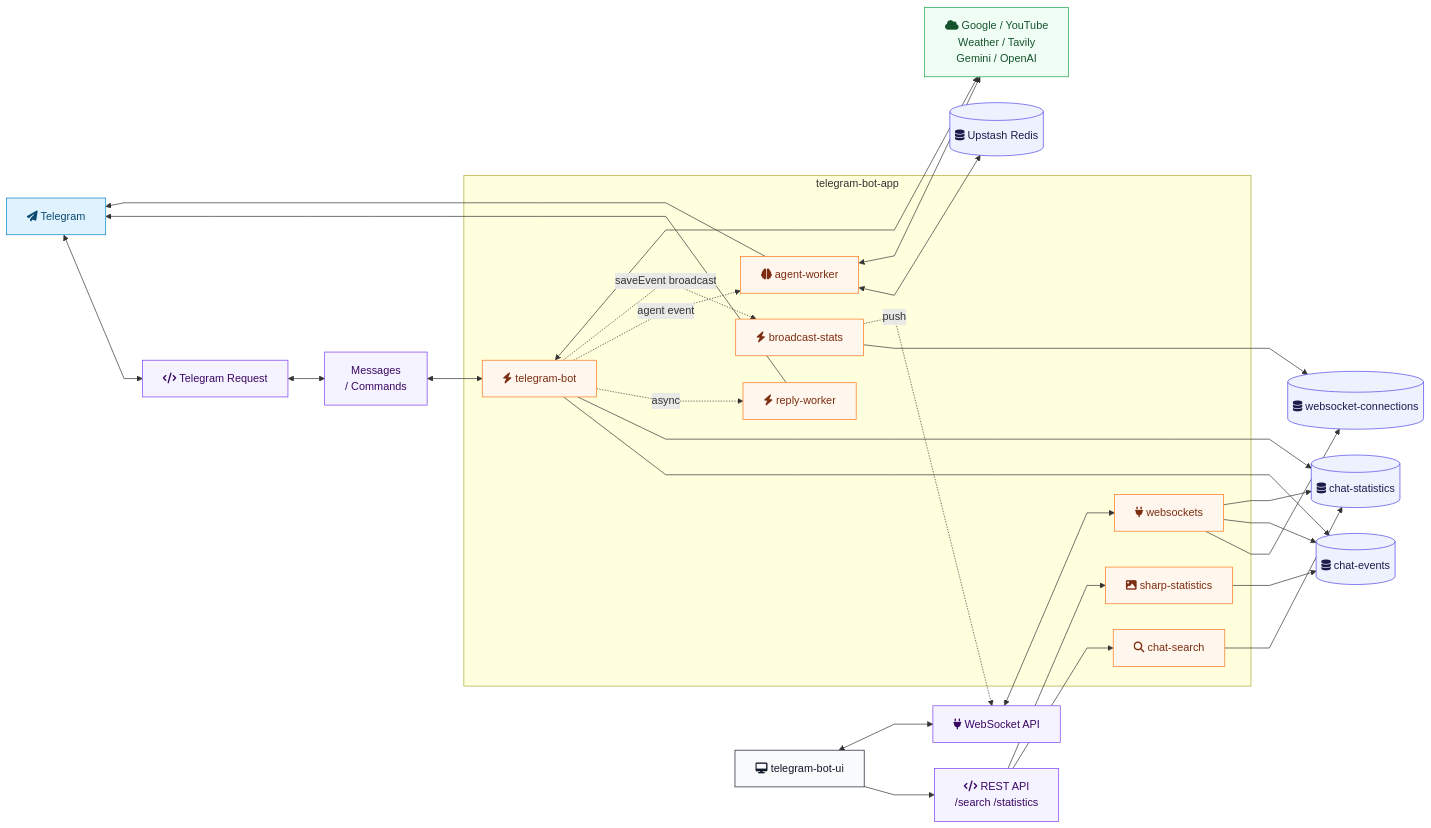
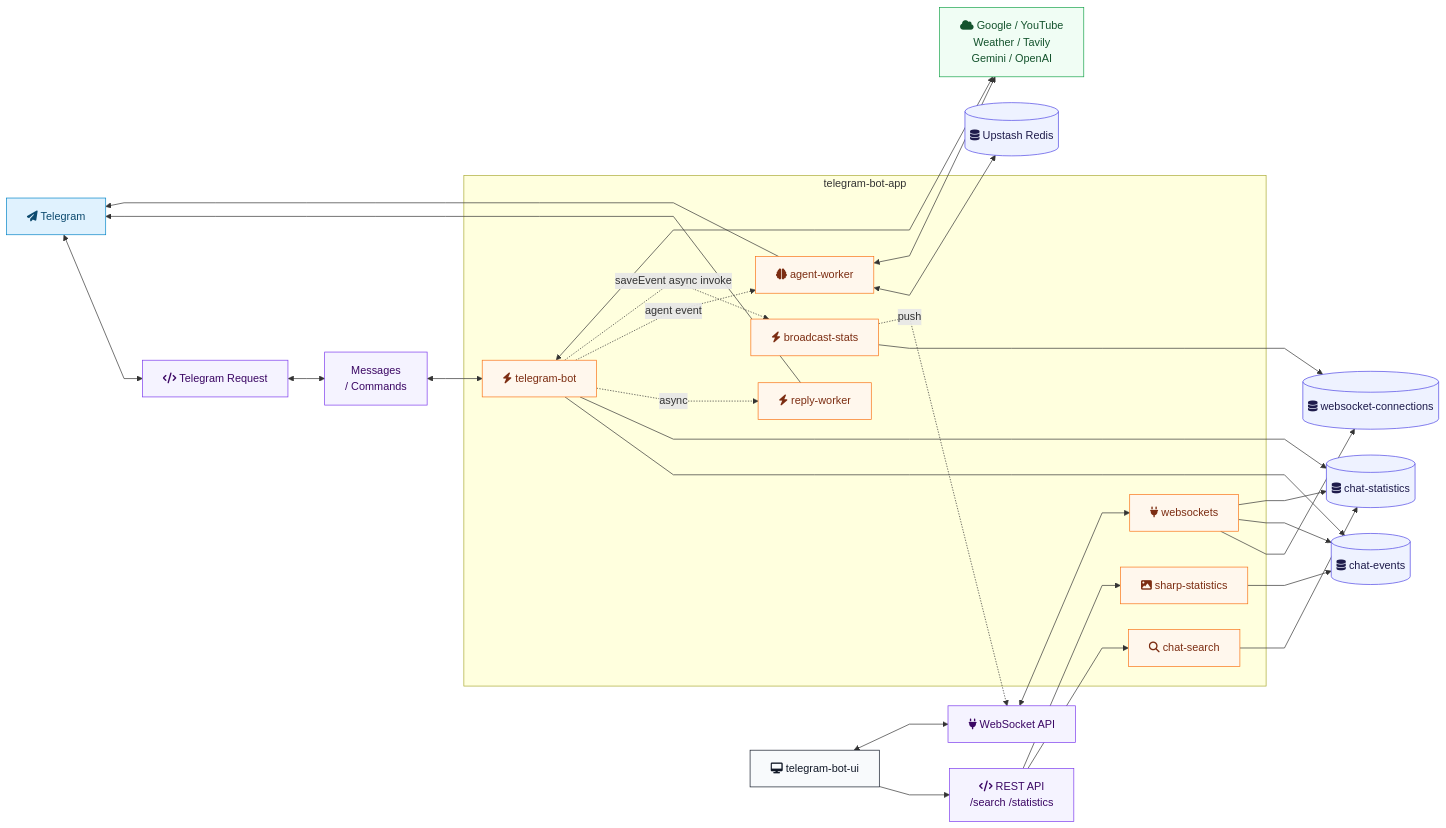
One commit to EugeneDraitsev/telegram-bot-app changed the diagram in README.md. Above: the diagram before and after it, drawn with Mermaid. The commit also changed other lines of this file and 11 other files, not shown here.

````diff
--- a/README.md
+++ b/README.md
@@ -14,59 +14,59 @@
 ```mermaid
 %%{init: {"flowchart": {"curve": "linear", "nodeSpacing": 38, "rankSpacing": 54}} }%%
 flowchart LR
   tg["fa:fa-paper-plane Telegram"]:::telegram
   req["fa:fa-code Telegram Request"]:::gateway
   msg["Messages<br/>/ Commands"]:::gateway
 
   subgraph app["telegram-bot-app"]
     bot["fa:fa-bolt telegram-bot"]:::lambda
     reply["fa:fa-bolt reply-worker"]:::lambda
     agent["fa:fa-brain agent-worker"]:::lambda
     search["fa:fa-search chat-search"]:::lambda
     image["fa:fa-image sharp-statistics"]:::lambda
     broadcast["fa:fa-bolt broadcast-stats"]:::lambda
     ws["fa:fa-plug websockets"]:::lambda
   end
 
   apis["fa:fa-cloud Google / YouTube<br/>Weather / Tavily<br/>Gemini / OpenAI"]:::external
 
   events[("fa:fa-database chat-events")]:::data
   stats[("fa:fa-database chat-statistics")]:::data
   conns[("fa:fa-database websocket-connections")]:::data
   redis[("fa:fa-database Upstash Redis")]:::data
 
   ui["fa:fa-desktop telegram-bot-ui"]:::ui
   http["fa:fa-code REST API<br/>/search /statistics"]:::gateway
   wss["fa:fa-plug WebSocket API"]:::gateway
 
   tg <--> req <--> msg <--> bot
   bot --> events
   bot --> stats
   bot -. "async" .-> reply
   bot -. "agent event" .-> agent
-  bot -. "saveEvent broadcast" .-> broadcast
+  bot -. "saveEvent async invoke" .-> broadcast
 
   reply --> tg
   agent --> tg
   agent <--> redis
   agent <--> apis
   bot <--> apis
 
   ui --> http
   http --> search --> stats
   http --> image --> events
 
   ui <--> wss <--> ws
   ws --> conns
   ws --> events
   ws --> stats
   broadcast --> conns
   broadcast -. "push" .-> wss
 
   classDef telegram fill:#e0f2fe,stroke:#0284c7,color:#0c4a6e
   classDef gateway fill:#f5f3ff,stroke:#7c3aed,color:#3b0764
   classDef lambda fill:#fff7ed,stroke:#f97316,color:#7c2d12
   classDef data fill:#eef2ff,stroke:#4f46e5,color:#1e1b4b
   classDef ui fill:#f8fafc,stroke:#111827,color:#111827
   classDef external fill:#f0fdf4,stroke:#16a34a,color:#14532d
 ```
````
